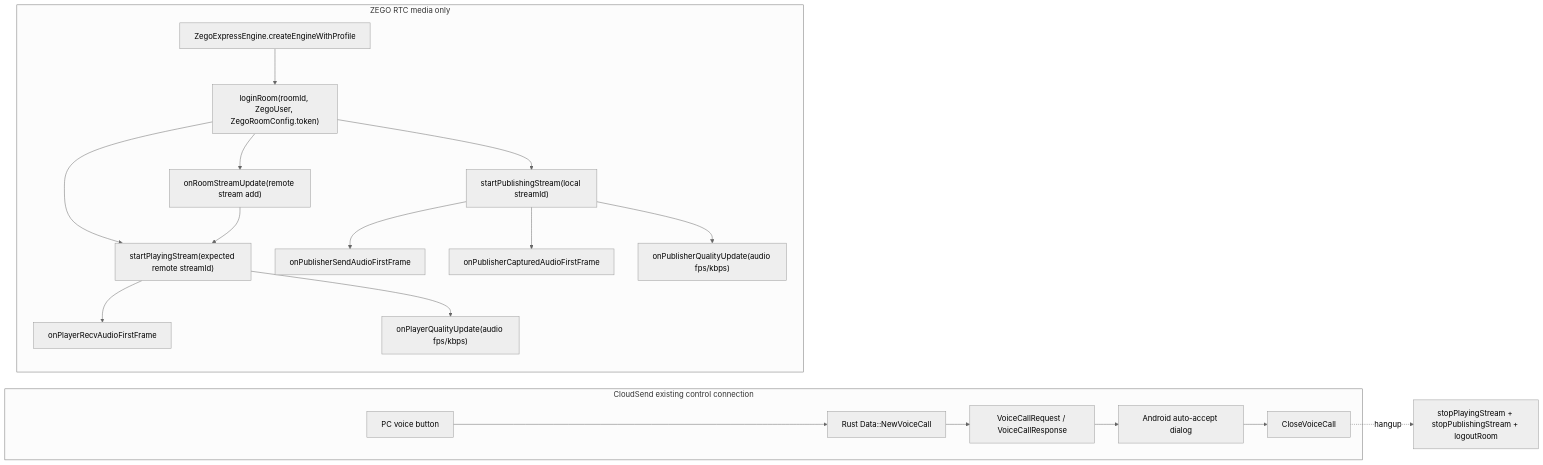
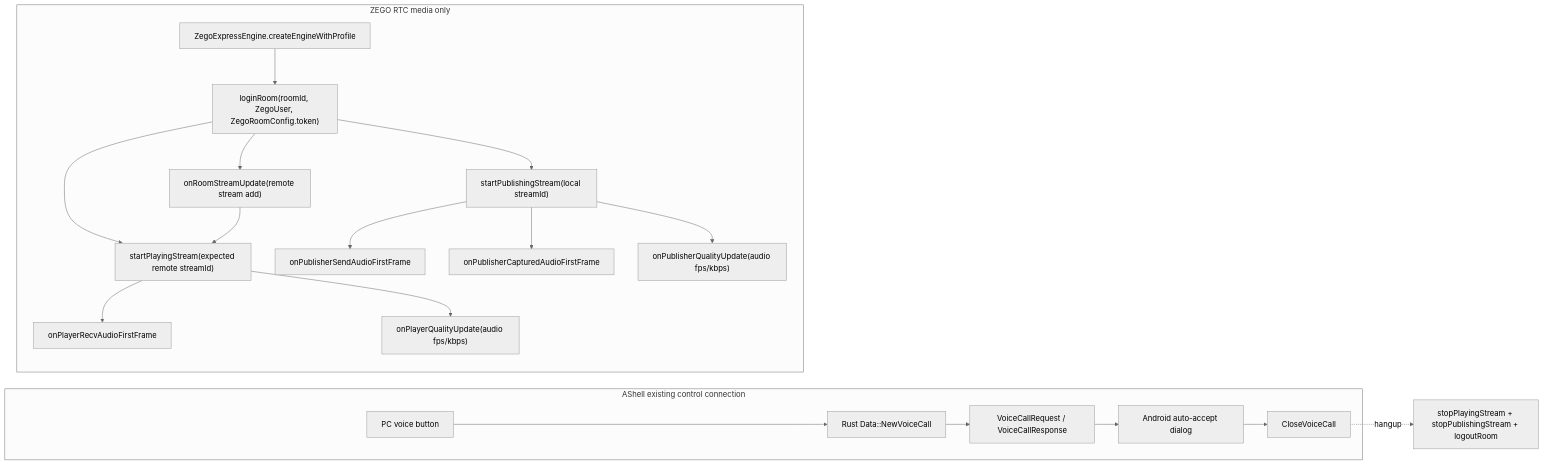
The second of 3 diagrams in docs/ZEGO_VOICE_CALL_ARCHITECTURE.md (adb-shell/A-Shell-You), drawn with Mermaid (neutral theme) before and after one commit. The commit also changed other lines of this file and 267 other files, not shown here.

````diff
--- a/docs/ZEGO_VOICE_CALL_ARCHITECTURE.md
+++ b/docs/ZEGO_VOICE_CALL_ARCHITECTURE.md
@@ -50,25 +50,25 @@
 ```mermaid
 flowchart LR
-    subgraph Control["CloudSend existing control connection"]
+    subgraph Control["AShell existing control connection"]
         A["PC voice button"] --> B["Rust Data::NewVoiceCall"]
         B --> C["VoiceCallRequest / VoiceCallResponse"]
         C --> D["Android auto-accept dialog"]
         D --> E["CloseVoiceCall"]
     end
 
     subgraph Media["ZEGO RTC media only"]
         F["ZegoExpressEngine.createEngineWithProfile"]
         F --> G["loginRoom(roomId, ZegoUser, ZegoRoomConfig.token)"]
         G --> H["startPublishingStream(local streamId)"]
         G --> I["startPlayingStream(expected remote streamId)"]
         G --> J["onRoomStreamUpdate(remote stream add)"]
         J --> I
         H --> K["onPublisherSendAudioFirstFrame"]
         H --> N["onPublisherCapturedAudioFirstFrame"]
         I --> L["onPlayerRecvAudioFirstFrame"]
         H --> O["onPublisherQualityUpdate(audio fps/kbps)"]
         I --> P["onPlayerQualityUpdate(audio fps/kbps)"]
     end
 
     E -.hangup.-> M["stopPlayingStream + stopPublishingStream + logoutRoom"]
 ```
````
